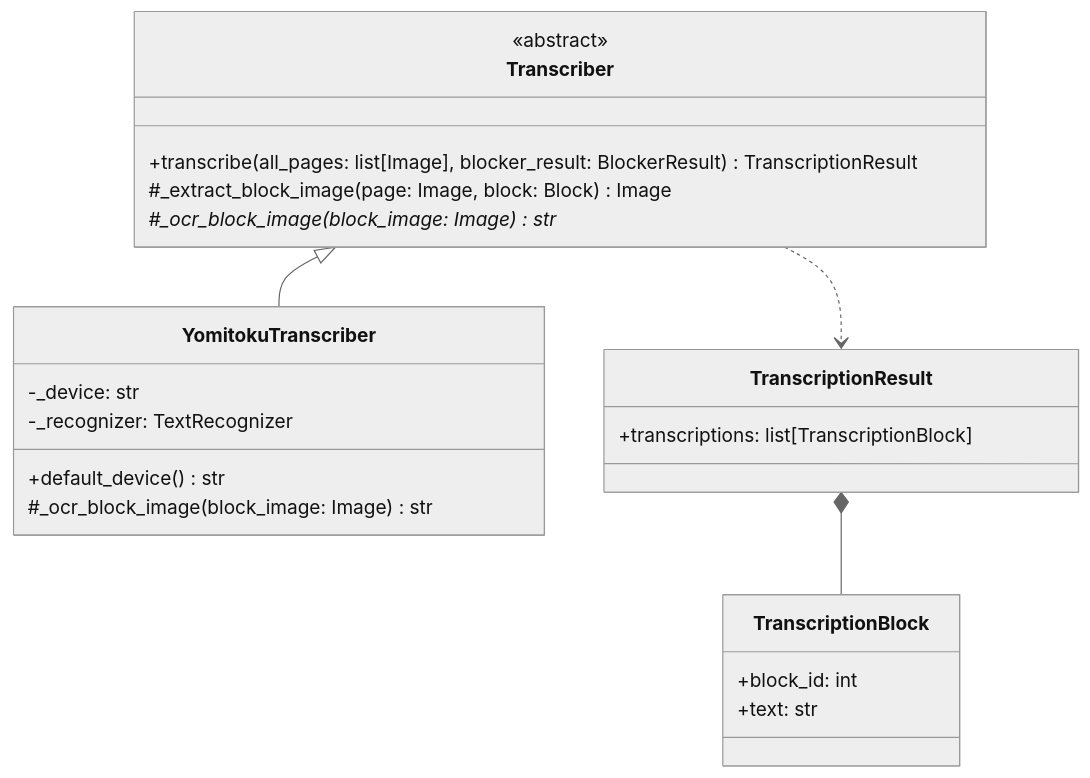
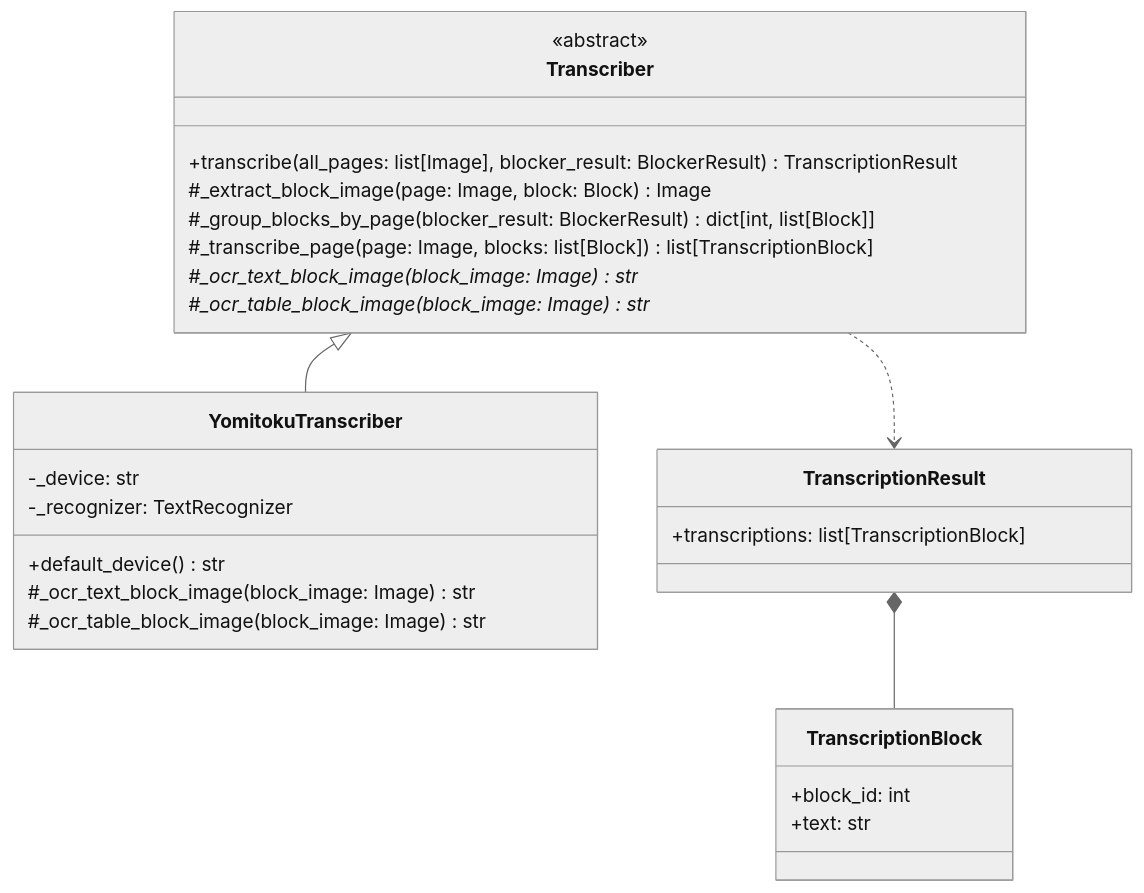
The first of 2 diagrams in Uploader/OcrModule/Blocked/Docs/Transcriber.ja.md (konbraphat51/SuperSuat), drawn with Mermaid (neutral theme) before and after one commit. The commit also changed other lines of this file and 2 other files, not shown here.

First line of the commit message:
feat: transcribe table blocks

````diff
--- a/Uploader/OcrModule/Blocked/Docs/Transcriber.ja.md
+++ b/Uploader/OcrModule/Blocked/Docs/Transcriber.ja.md
@@ -10,25 +11,29 @@
 ```mermaid
 classDiagram
     class Transcriber {
         <<abstract>>
         +transcribe(all_pages: list[Image], blocker_result: BlockerResult) TranscriptionResult
         #_extract_block_image(page: Image, block: Block) Image
-        #_ocr_block_image(block_image: Image) str*
+        #_group_blocks_by_page(blocker_result: BlockerResult) dict[int, list[Block]]
+        #_transcribe_page(page: Image, blocks: list[Block]) list[TranscriptionBlock]
+        #_ocr_text_block_image(block_image: Image) str*
+        #_ocr_table_block_image(block_image: Image) str*
     }
     class YomitokuTranscriber {
         -_device: str
         -_recognizer: TextRecognizer
         +default_device() str
-        #_ocr_block_image(block_image: Image) str
+        #_ocr_text_block_image(block_image: Image) str
+        #_ocr_table_block_image(block_image: Image) str
     }
     class TranscriptionResult {
         +transcriptions: list[TranscriptionBlock]
     }
     class TranscriptionBlock {
         +block_id: int
         +text: str
     }
     Transcriber <|-- YomitokuTranscriber
     Transcriber ..> TranscriptionResult
     TranscriptionResult *-- TranscriptionBlock
 ```
````
